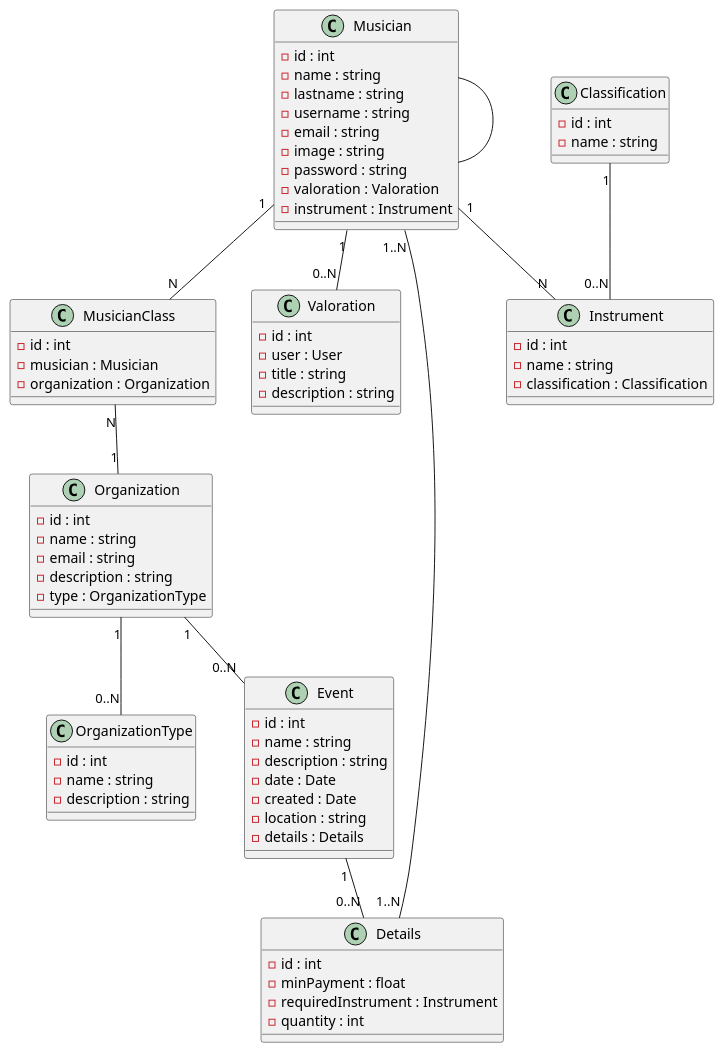
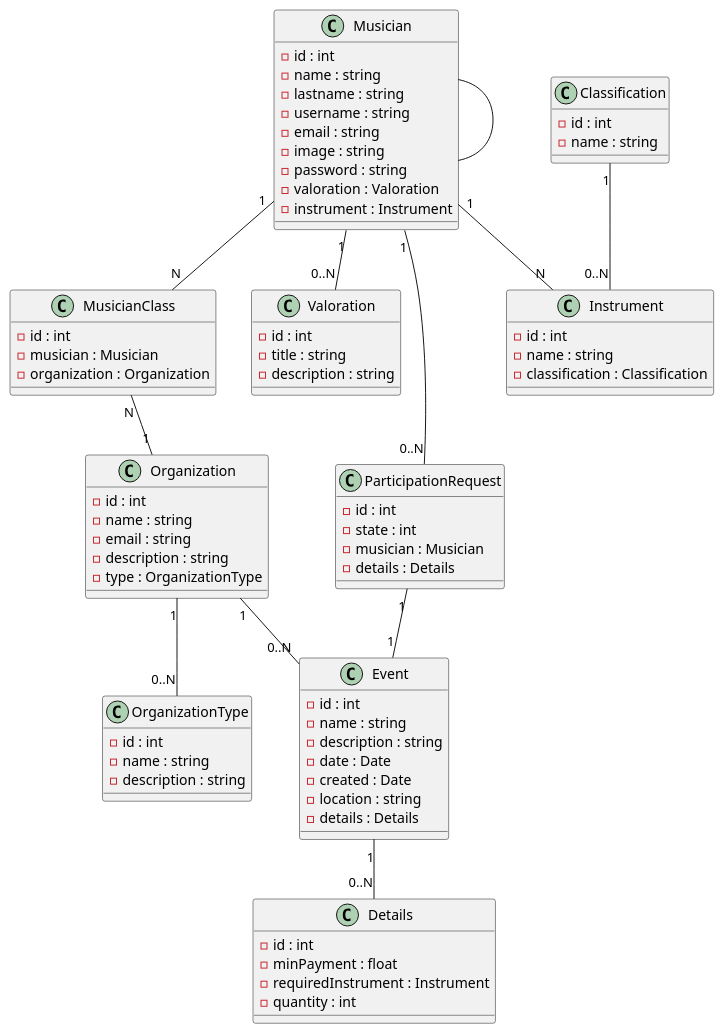
One commit to Josep02/BandBridge changed the diagram in docs/diagrama de classes.puml. Above: the diagram before and after it, drawn with PlantUML. The commit also changed 17 other files, not shown here.

```diff
--- a/docs/diagrama de classes.puml
+++ b/docs/diagrama de classes.puml
@@ -1,84 +1,92 @@
 @startuml
 class Musician {
     - id : int
     - name : string
     - lastname : string
     - username : string
     - email : string
     - image : string
     - password : string
     - valoration : Valoration
     - instrument : Instrument
 }
 
 class MusicianClass {
     - id : int
     - musician : Musician
     - organization : Organization
 }
 
 class Organization {
     - id : int
     - name : string
     - email : string
     - description : string
     - type : OrganizationType
 }
 
 class OrganizationType {
     - id : int
     - name : string
     - description : string
 }
 
 class Valoration {
     - id : int
-    - user : User
     - title : string
     - description : string
 }
 
 class Event {
     - id : int
     - name : string
     - description : string
     - date : Date
     - created : Date
     - location : string
     - details : Details
 }
 
 class Details {
     - id : int
     - minPayment : float
     - requiredInstrument : Instrument
     - quantity : int
 }
 
 class Classification {
     - id : int
     - name : string
 }
 
 class Instrument {
     - id : int
     - name : string
     - classification : Classification
 }
 
+class ParticipationRequest {
+    - id : int
+    - state : int
+    - musician : Musician
+    - details : Details
+}
+
 Musician -- Musician
 Musician "1" -- "0..N" Valoration
 Musician "1" -- "N" Instrument
 Musician "1" -- "N" MusicianClass
-Musician "1..N" -- "1..N" Details
+Musician "1" -- "0..N" ParticipationRequest
+
+ParticipationRequest "1" -- "1" Event
 
 MusicianClass "N" -- "1" Organization
 
 Organization "1" -- "0..N" OrganizationType
 Organization "1" -- "0..N" Event
 
 Classification "1" -- "0..N" Instrument
 
 Event "1" -- "0..N" Details
 
 @enduml
```
